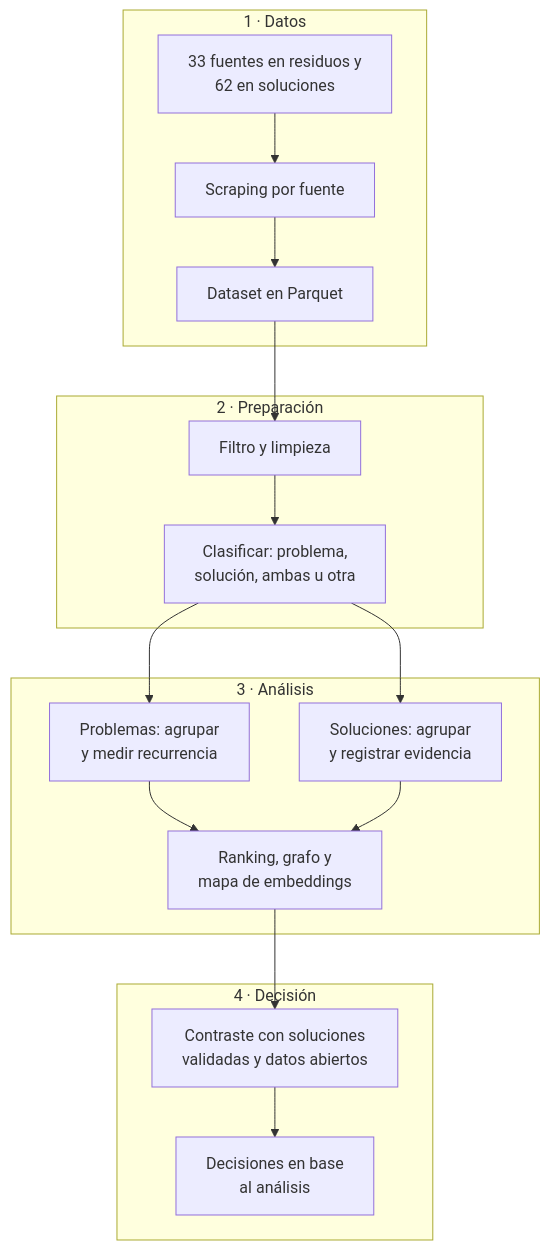
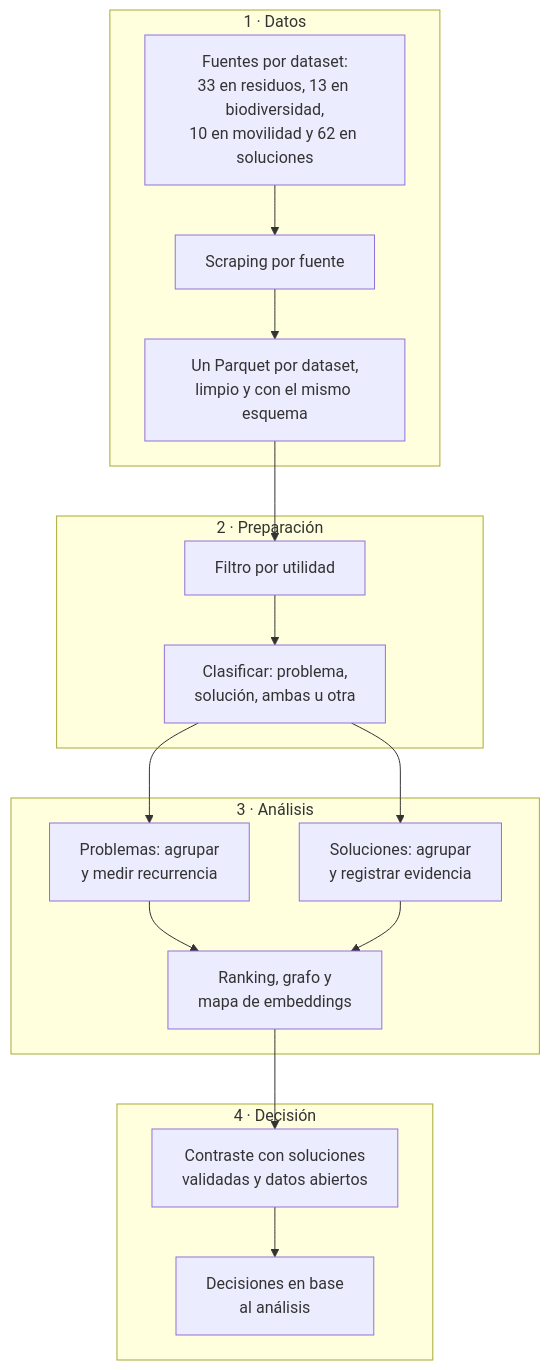
Before and after one commit to NachoSamo/pipeline-decision-data: the second of 2 diagrams in README.md, drawn with Mermaid. The commit also changed other lines of this file and 9 other files, not shown here.

````diff
--- a/README.md
+++ b/README.md
@@ -109,27 +113,27 @@
 ```mermaid
 flowchart TB
     subgraph Datos["1 · Datos"]
-        A["33 fuentes en residuos y<br/>62 en soluciones"] --> B["Scraping por fuente"] --> C["Dataset en Parquet"]
+        A["Fuentes por dataset:<br/>33 en residuos, 13 en biodiversidad,<br/>10 en movilidad y 62 en soluciones"] --> B["Scraping por fuente"] --> C["Un Parquet por dataset,<br/>limpio y con el mismo esquema"]
     end
 
     subgraph Preparacion["2 · Preparación"]
-        D["Filtro y limpieza"] --> E["Clasificar: problema,<br/>solución, ambas u otra"]
+        D["Filtro por utilidad"] --> E["Clasificar: problema,<br/>solución, ambas u otra"]
     end
 
     subgraph Analisis["3 · Análisis"]
         F["Problemas: agrupar<br/>y medir recurrencia"]
         G["Soluciones: agrupar<br/>y registrar evidencia"]
         H["Ranking, grafo y<br/>mapa de embeddings"]
         F --> H
         G --> H
     end
 
     subgraph Decision["4 · Decisión"]
         I["Contraste con soluciones<br/>validadas y datos abiertos"] --> J["Decisiones en base<br/>al análisis"]
     end
 
     C --> D
     E --> F
     E --> G
     H --> I
 ```
````
